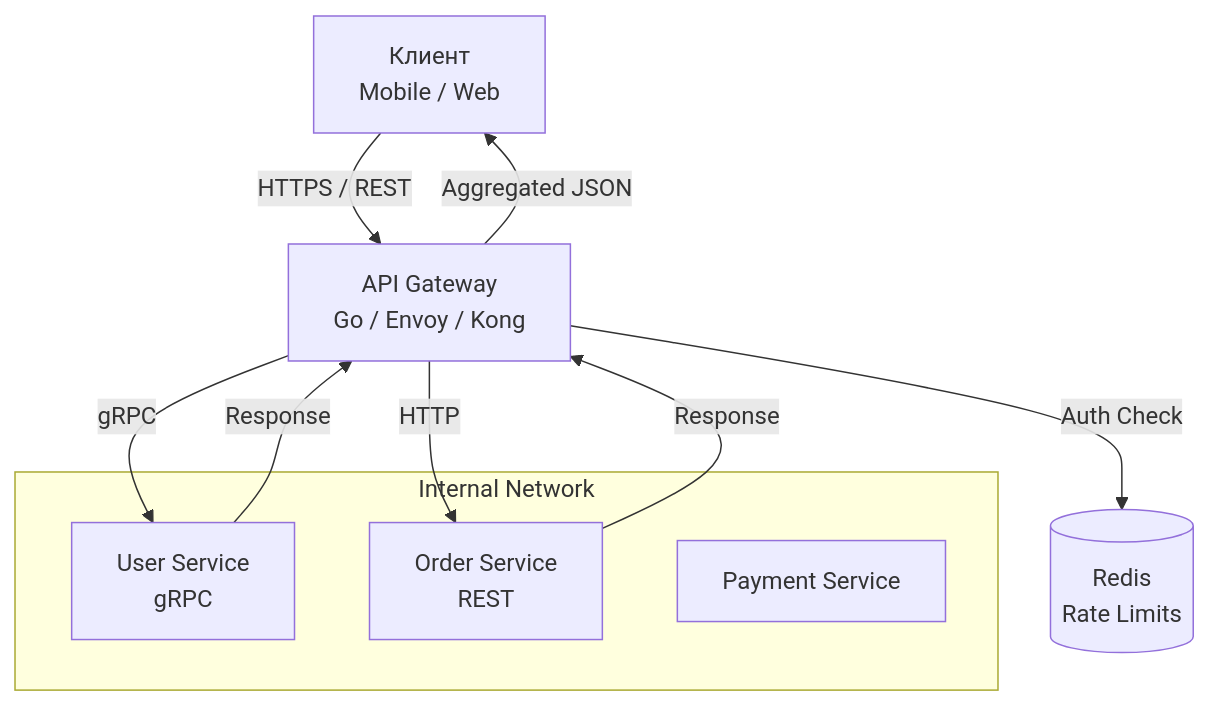
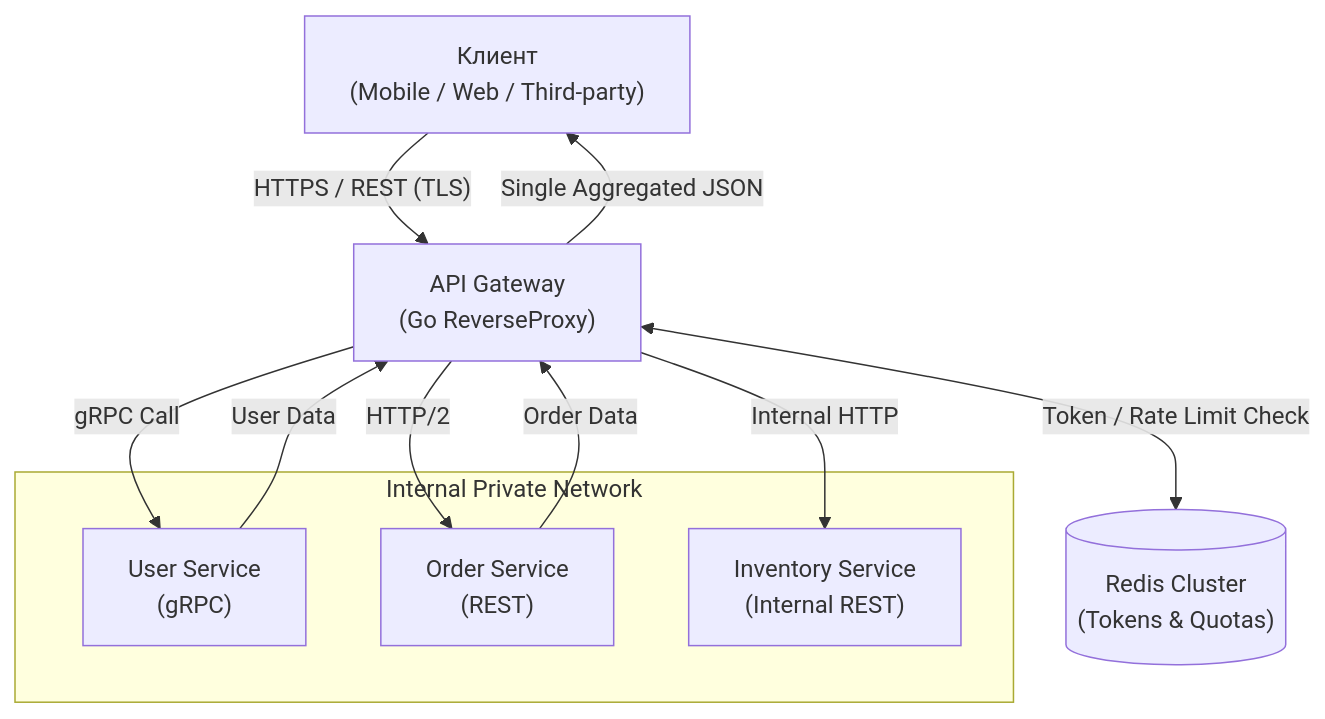
Before and after one commit to UnrealTemplier/go-textbook: the diagram in sources/14. Распределенные системы на Go/09. Паттерны/4. API Gateway.md, drawn with Mermaid. The commit also changed other lines of this file, not shown here.

Commit message:
feat(module-14): editorial rewrite of lecture 4 (API Gateway) in Subsection 9 in Kernighan style

````diff
--- a/sources/14. Распределенные системы на Go/09. Паттерны/4. API Gateway.md
+++ b/sources/14. Распределенные системы на Go/09. Паттерны/4. API Gateway.md
@@ -33,18 +40,19 @@
 ```mermaid
 flowchart TD
-    Client["Клиент<br>Mobile / Web"] -->|"HTTPS / REST"| Gateway["API Gateway<br>Go / Envoy / Kong"]
+    Client["Клиент<br>(Mobile / Web / Third-party)"] -->|"HTTPS / REST (TLS)"| Gateway["API Gateway<br>(Go ReverseProxy)"]
     
-    subgraph "Internal Network"
-        ServiceA["User Service<br>gRPC"]
-        ServiceB["Order Service<br>REST"]
-        ServiceC["Payment Service"]
+    subgraph "Internal Private Network"
+        ServiceA["User Service<br>(gRPC)"]
+        ServiceB["Order Service<br>(REST)"]
+        ServiceC["Inventory Service<br>(Internal REST)"]
     end
     
-    Gateway -->|"gRPC"| ServiceA
-    Gateway -->|"HTTP"| ServiceB
-    Gateway -->|"Auth Check"| Redis[("Redis<br>Rate Limits")]
+    Gateway -->|"gRPC Call"| ServiceA
+    Gateway -->|"HTTP/2"| ServiceB
+    Gateway -->|"Internal HTTP"| ServiceC
+    Gateway <-->|"Token / Rate Limit Check"| Redis[("Redis Cluster<br>(Tokens & Quotas)")]
     
-    ServiceA -->|"Response"| Gateway
-    ServiceB -->|"Response"| Gateway
-    Gateway -->|"Aggregated JSON"| Client
+    ServiceA -->|"User Data"| Gateway
+    ServiceB -->|"Order Data"| Gateway
+    Gateway -->|"Single Aggregated JSON"| Client
 ```
````
